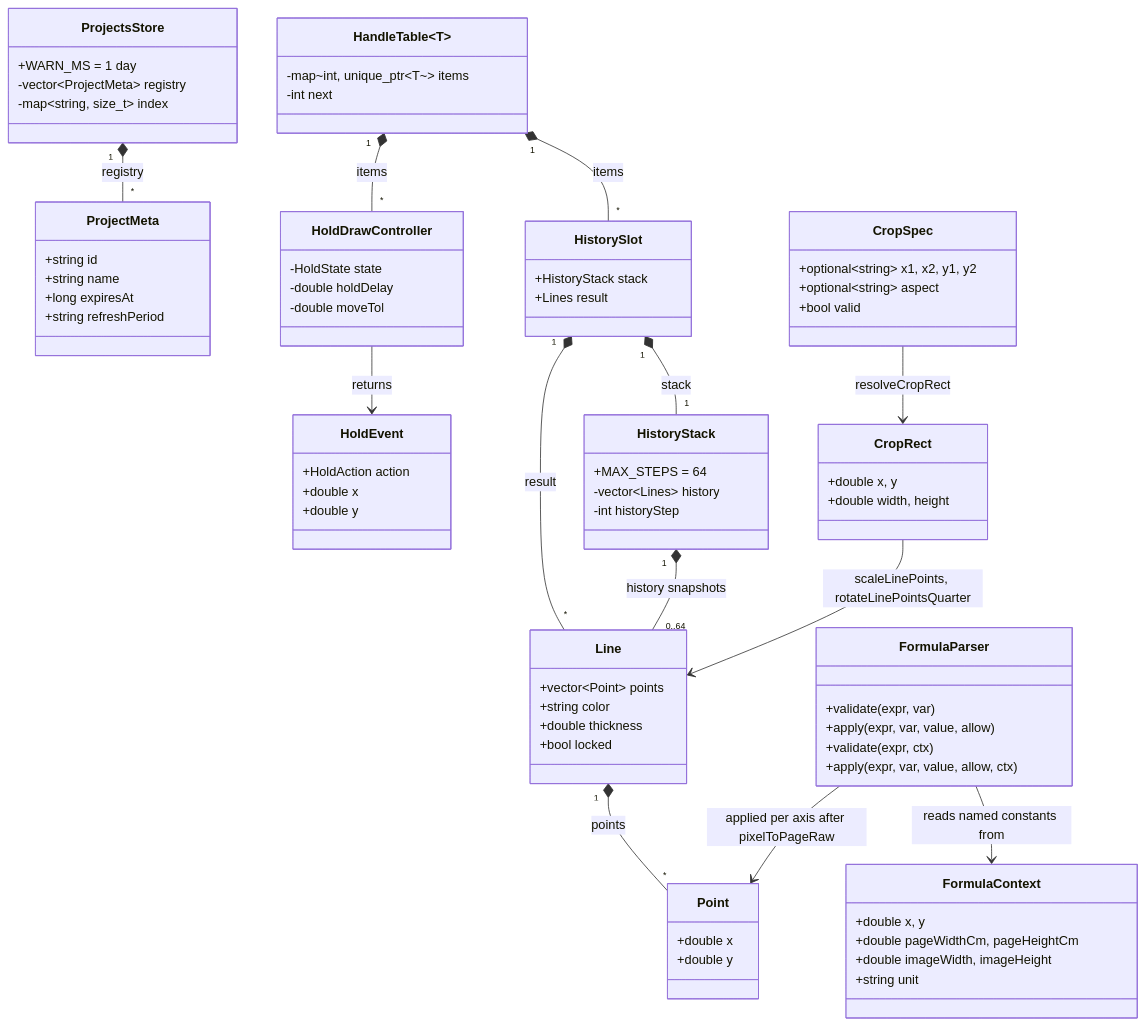
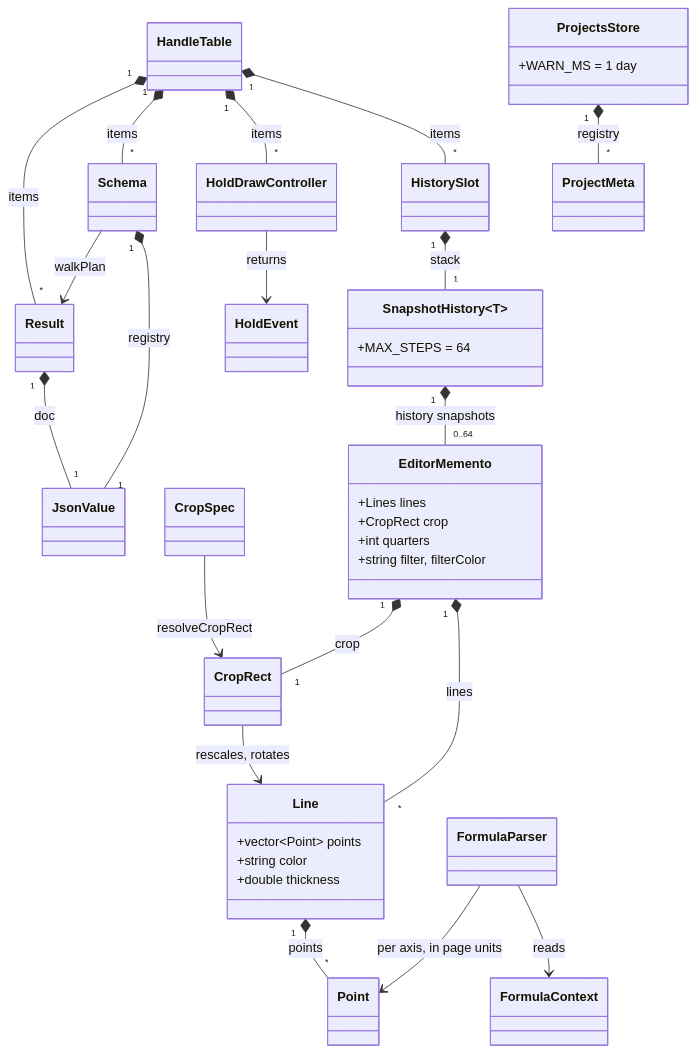
One commit to andrew1407/stencil changed the diagram in core/ARCHITECTURE.md. Above: the diagram before and after it, drawn with Mermaid. The commit also changed other lines of this file and 3356 other files, not shown here.

````diff
--- a/core/ARCHITECTURE.md
+++ b/core/ARCHITECTURE.md
@@ -58,81 +44,39 @@
 ```mermaid
 classDiagram
-    class Point {
-        +double x
-        +double y
-    }
     class Line {
         +vector~Point~ points
         +string color
         +double thickness
-        +bool locked
     }
-    class HistoryStack {
+    class SnapshotHistory~T~ {
         +MAX_STEPS = 64
-        -vector~Lines~ history
-        -int historyStep
     }
-    class HistorySlot {
-        +HistoryStack stack
-        +Lines result
-    }
-    class HandleTable~T~ {
-        -map~int, unique_ptr~T~~ items
-        -int next
-    }
-    class HoldDrawController {
-        -HoldState state
-        -double holdDelay
-        -double moveTol
-    }
-    class HoldEvent {
-        +HoldAction action
-        +double x
-        +double y
-    }
-    class ProjectMeta {
-        +string id
-        +string name
-        +long expiresAt
-        +string refreshPeriod
+    class EditorMemento {
+        +Lines lines
+        +CropRect crop
+        +int quarters
+        +string filter, filterColor
     }
     class ProjectsStore {
         +WARN_MS = 1 day
-        -vector~ProjectMeta~ registry
-        -map~string, size_t~ index
-    }
-    class CropRect {
-        +double x, y
-        +double width, height
-    }
-    class CropSpec {
-        +optional~string~ x1, x2, y1, y2
-        +optional~string~ aspect
-        +bool valid
-    }
-    class FormulaParser {
-        +validate(expr, var)
-        +apply(expr, var, value, allow)
-        +validate(expr, ctx)
-        +apply(expr, var, value, allow, ctx)
-    }
-    class FormulaContext {
-        +double x, y
-        +double pageWidthCm, pageHeightCm
-        +double imageWidth, imageHeight
-        +string unit
     }
 
     Line "1" *-- "*" Point : points
-    HistoryStack "1" *-- "0..64" Line : history snapshots
-    HistorySlot "1" *-- "1" HistoryStack : stack
-    HistorySlot "1" *-- "*" Line : result
+    SnapshotHistory "1" *-- "0..64" EditorMemento : history snapshots
+    EditorMemento "1" *-- "*" Line : lines
+    EditorMemento "1" *-- "1" CropRect : crop
+    HistorySlot "1" *-- "1" SnapshotHistory : stack
     HandleTable "1" *-- "*" HistorySlot : items
     HandleTable "1" *-- "*" HoldDrawController : items
+    HandleTable "1" *-- "*" Schema : items
+    HandleTable "1" *-- "*" Result : items
     HoldDrawController --> HoldEvent : returns
     ProjectsStore "1" *-- "*" ProjectMeta : registry
     CropSpec --> CropRect : resolveCropRect
-    CropRect --> Line : scaleLinePoints, rotateLinePointsQuarter
-    FormulaParser --> FormulaContext : reads named constants from
-    FormulaParser --> Point : applied per axis after pixelToPageRaw
+    CropRect --> Line : rescales, rotates
+    FormulaParser --> FormulaContext : reads
+    FormulaParser --> Point : per axis, in page units
+    Schema "1" *-- "1" JsonValue : registry
+    Schema --> Result : walkPlan
+    Result "1" *-- "1" JsonValue : doc
 ```
````
